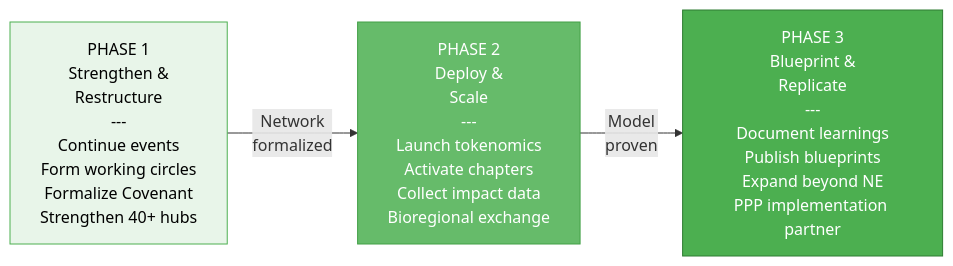
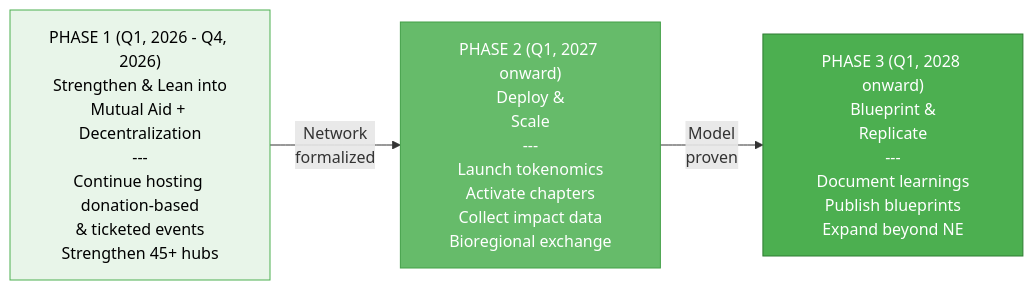
Before and after one commit to Light-Brands/sydney: the fourth of 4 diagrams in permatours/EXECUTIVE-SUMMARY.md, drawn with Mermaid. The commit also changed other lines of this file, not shown here.

First line of the commit message:
Update Permatours Executive Summary with current data and expanded sections

````diff
--- a/permatours/EXECUTIVE-SUMMARY.md
+++ b/permatours/EXECUTIVE-SUMMARY.md
@@ -195,15 +179,15 @@
 ```mermaid
 flowchart LR
-    P1["PHASE 1<br/>Strengthen &<br/>Restructure<br/>---<br/>Continue events<br/>Form working circles<br/>Formalize Covenant<br/>Strengthen 40+ hubs"]
+    P1["PHASE 1 (Q1, 2026 - Q4, 2026)<br/>Strengthen & Lean into<br/>Mutual Aid + Decentralization<br/>---<br/>Continue hosting donation-based<br/>& ticketed events<br/>Strengthen 45+ hubs"]
 
-    P2["PHASE 2<br/>Deploy &<br/>Scale<br/>---<br/>Launch tokenomics<br/>Activate chapters<br/>Collect impact data<br/>Bioregional exchange"]
+    P2["PHASE 2 (Q1, 2027 onward)<br/>Deploy &<br/>Scale<br/>---<br/>Launch tokenomics<br/>Activate chapters<br/>Collect impact data<br/>Bioregional exchange"]
 
-    P3["PHASE 3<br/>Blueprint &<br/>Replicate<br/>---<br/>Document learnings<br/>Publish blueprints<br/>Expand beyond NE<br/>PPP implementation partner"]
+    P3["PHASE 3 (Q1, 2028 onward)<br/>Blueprint &<br/>Replicate<br/>---<br/>Document learnings<br/>Publish blueprints<br/>Expand beyond NE"]
 
     P1 -->|"Network<br/>formalized"| P2
     P2 -->|"Model<br/>proven"| P3
 
     style P1 fill:#E8F5E9,stroke:#4CAF50,color:#000
     style P2 fill:#66BB6A,stroke:#43A047,color:#fff
     style P3 fill:#4CAF50,stroke:#2E7D32,color:#fff
 ```
````
